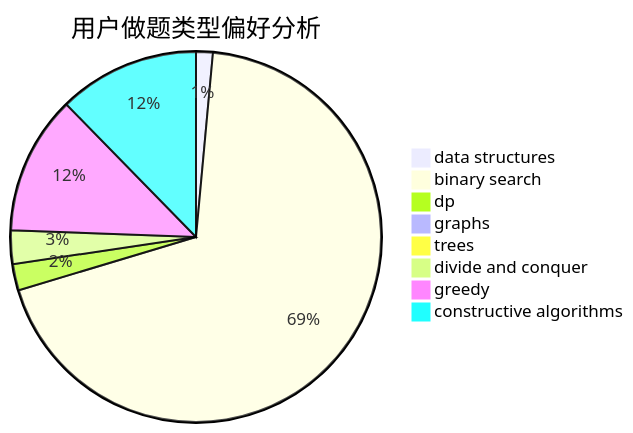
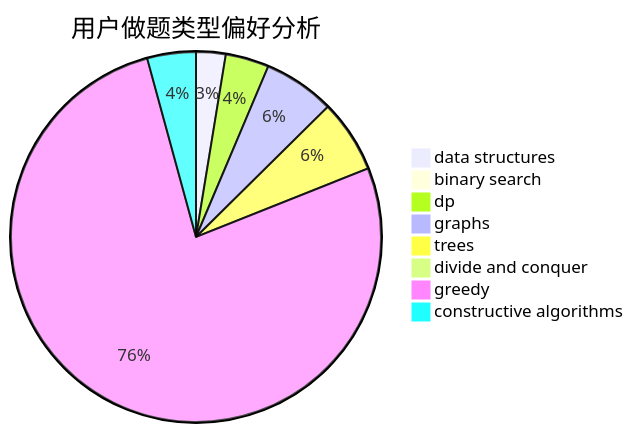
One commit to sherpahu/cfrs.github.io changed the second of 3 diagrams in docs/user/u1727.md. Above: the diagram before and after it, drawn with Mermaid. The commit also changed other lines of this file and 2770 other files, not shown here.

````diff
--- a/docs/user/u1727.md
+++ b/docs/user/u1727.md
@@ -23,11 +23,11 @@
 ```mermaid
 pie title 用户做题类型偏好分析
-    "data structures" :  7
-    "binary search" :  330
-    "dp" :  11
-    "graphs" :  0
-    "trees" :  0
-    "divide and conquer" :  14
-    "greedy" :  58
-    "constructive algorithms" :  59
+    "data structures" :  17
+    "binary search" :  2
+    "dp" :  25
+    "graphs" :  41
+    "trees" :  42
+    "divide and conquer" :  6
+    "greedy" :  506
+    "constructive algorithms" :  28
 ```
````
